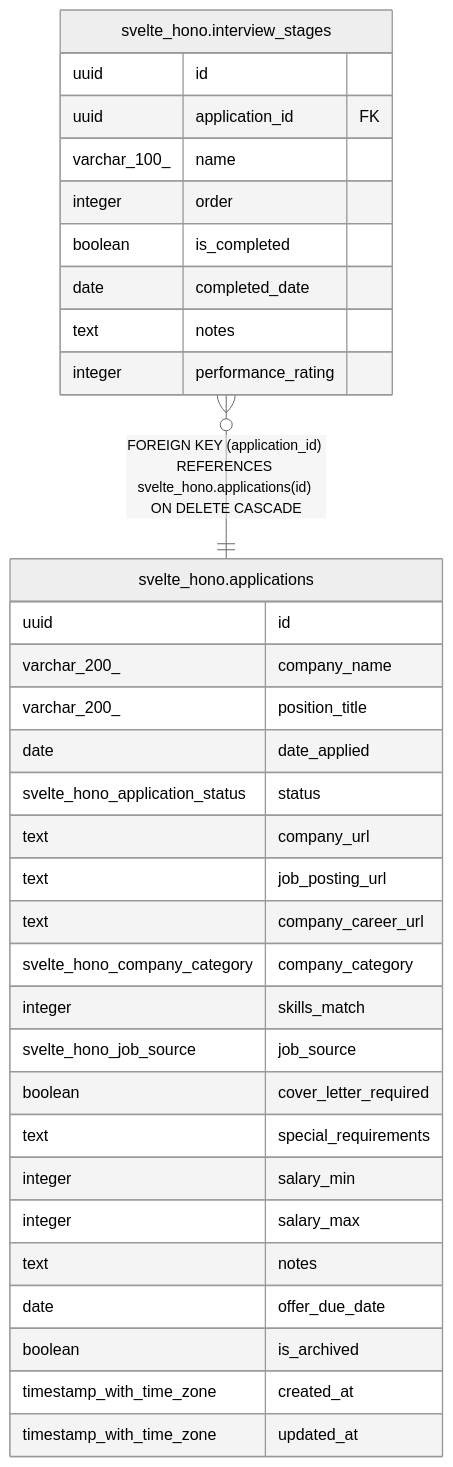
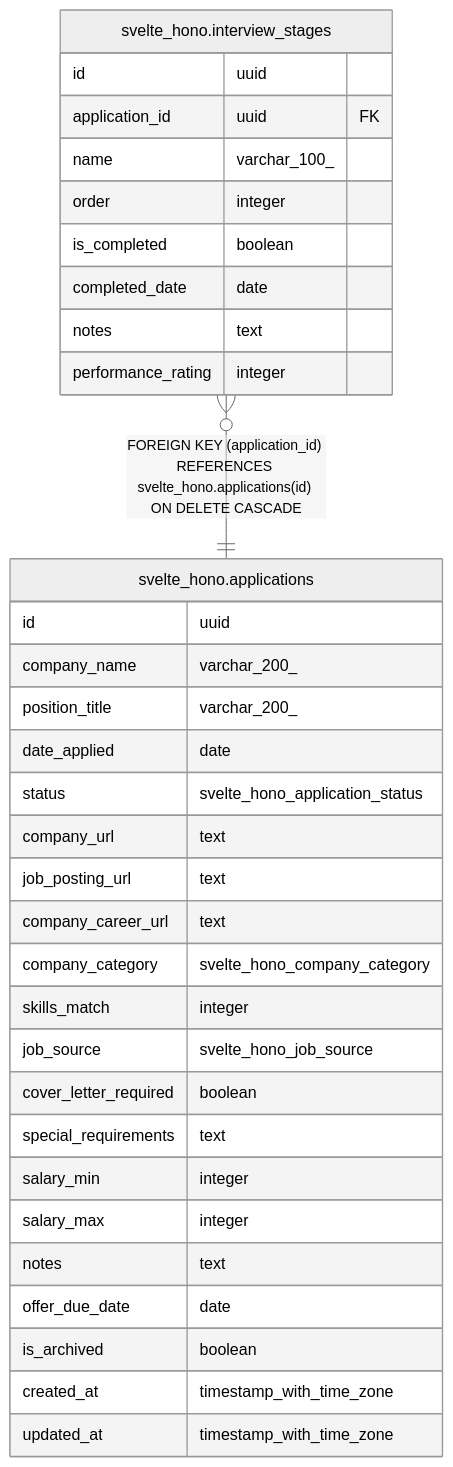
Before and after one commit to WhatIfWeDigDeeper/application-tracker: the diagram in docs/schema/svelte-hono/README.md, drawn with Mermaid (neutral theme). The commit also changed 14 other files, not shown here.

First line of the commit message:
fix: swap column order in ERD diagrams to show name before type

````diff
--- a/docs/schema/svelte-hono/README.md
+++ b/docs/schema/svelte-hono/README.md
@@ -29,38 +29,38 @@
 ```mermaid
 erDiagram
 
 "svelte_hono.interview_stages" }o--|| "svelte_hono.applications" : "FOREIGN KEY (application_id) REFERENCES svelte_hono.applications(id) ON DELETE CASCADE"
 
 "svelte_hono.applications" {
-  uuid id
-  varchar_200_ company_name
-  varchar_200_ position_title
-  date date_applied
-  svelte_hono_application_status status
-  text company_url
-  text job_posting_url
-  text company_career_url
-  svelte_hono_company_category company_category
-  integer skills_match
-  svelte_hono_job_source job_source
-  boolean cover_letter_required
-  text special_requirements
-  integer salary_min
-  integer salary_max
-  text notes
-  date offer_due_date
-  boolean is_archived
-  timestamp_with_time_zone created_at
-  timestamp_with_time_zone updated_at
+  id uuid
+  company_name varchar_200_
+  position_title varchar_200_
+  date_applied date
+  status svelte_hono_application_status
+  company_url text
+  job_posting_url text
+  company_career_url text
+  company_category svelte_hono_company_category
+  skills_match integer
+  job_source svelte_hono_job_source
+  cover_letter_required boolean
+  special_requirements text
+  salary_min integer
+  salary_max integer
+  notes text
+  offer_due_date date
+  is_archived boolean
+  created_at timestamp_with_time_zone
+  updated_at timestamp_with_time_zone
 }
 "svelte_hono.interview_stages" {
-  uuid id
-  uuid application_id FK
-  varchar_100_ name
-  integer order
-  boolean is_completed
-  date completed_date
-  text notes
-  integer performance_rating
+  id uuid
+  application_id uuid FK
+  name varchar_100_
+  order integer
+  is_completed boolean
+  completed_date date
+  notes text
+  performance_rating integer
 }
 ```
````
